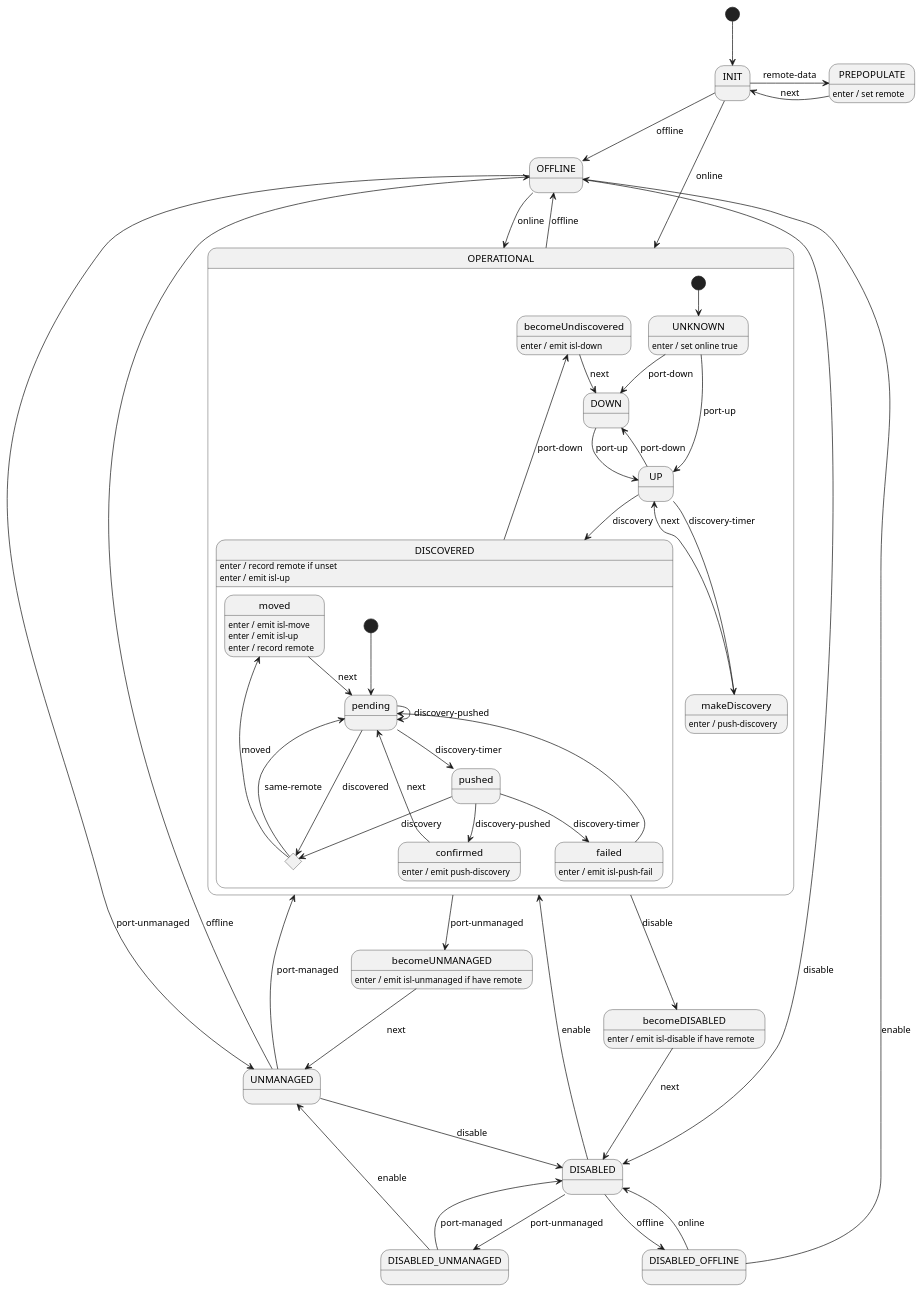
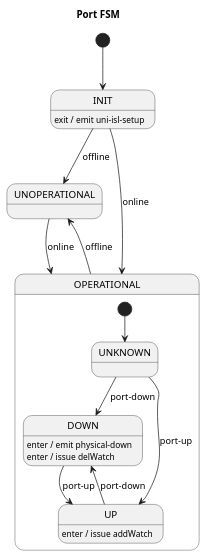
The diagram in docs/design/network-discovery/port-FSM.puml (telstra/open-kilda), drawn with PlantUML before and after one commit. The commit also changed other lines of this file and 176 other files, not shown here.

```diff
--- a/docs/design/network-discovery/port-FSM.puml
+++ b/docs/design/network-discovery/port-FSM.puml
@@ -27,90 +14,27 @@
 @startuml
+title Port FSM
+
 [*] --> INIT
 
-INIT -r-> PREPOPULATE : remote-data
-INIT --> OFFLINE : offline
+INIT --> UNOPERATIONAL : offline
 INIT --> OPERATIONAL : online
-
-PREPOPULATE : enter / set remote
-PREPOPULATE -l-> INIT : next
+INIT : exit / emit uni-isl-setup
 
 state OPERATIONAL {
     [*] --> UNKNOWN
 
-    UNKNOWN : enter / set online true
     UNKNOWN --> DOWN : port-down
     UNKNOWN --> UP : port-up
 
+    DOWN --> UP : port-up
+    DOWN : enter / emit physical-down
+    DOWN : enter / issue delWatch
+
     UP --> DOWN : port-down
-    UP --> makeDiscovery : discovery-timer
-    UP --> DISCOVERED : discovery
-
-    makeDiscovery : enter / push-discovery
-    makeDiscovery --> UP : next
-
-    DOWN --> UP : port-up
-
-    state DISCOVERED {
-        DISCOVERED : enter / record remote if unset
-        DISCOVERED : enter / emit isl-up
-
-        state checkMoved <<choice>>
-
-        [*] --> pending
-        pending --> pushed : discovery-timer
-        pending -d-> checkMoved : discovered
-        pending --> pending : discovery-pushed
-
-        pushed --> confirmed : discovery-pushed
-        pushed --> failed : discovery-timer
-        pushed -d-> checkMoved : discovery
-
-        confirmed : enter / emit push-discovery
-        confirmed --> pending : next
-
-        failed : enter / emit isl-push-fail
-        failed --> pending
-
-        checkMoved -u-> pending : same-remote
-        checkMoved -u-> moved : moved
-
-        moved : enter / emit isl-move
-        moved : enter / emit isl-up
-        moved : enter / record remote
-        moved --> pending : next
-    }
-    DISCOVERED -u-> becomeUndiscovered : port-down
-
-    becomeUndiscovered : enter / emit isl-down
-    becomeUndiscovered --> DOWN : next
+    UP : enter / issue addWatch
 }
 
-OPERATIONAL --> OFFLINE : offline
-OPERATIONAL --> becomeDISABLED : disable
-OPERATIONAL --> becomeUNMANAGED : port-unmanaged
+OPERATIONAL --> UNOPERATIONAL : offline
 
-becomeDISABLED : enter / emit isl-disable if have remote
-becomeDISABLED --> DISABLED : next
-
-becomeUNMANAGED : enter / emit isl-unmanaged if have remote
-becomeUNMANAGED --> UNMANAGED : next
-
-DISABLED --> OPERATIONAL : enable
-DISABLED --> DISABLED_OFFLINE : offline
-DISABLED --> DISABLED_UNMANAGED : port-unmanaged
-
-UNMANAGED --> OPERATIONAL : port-managed
-UNMANAGED --> DISABLED : disable
-UNMANAGED --> OFFLINE : offline
-
-OFFLINE --> OPERATIONAL : online
-OFFLINE --> DISABLED : disable
-OFFLINE --> UNMANAGED : port-unmanaged
-
-DISABLED_OFFLINE --> DISABLED : online
-DISABLED_OFFLINE --> OFFLINE : enable
-
-DISABLED_UNMANAGED --> DISABLED : port-managed
-DISABLED_UNMANAGED --> UNMANAGED : enable
-
+UNOPERATIONAL --> OPERATIONAL : online
 @enduml
```
